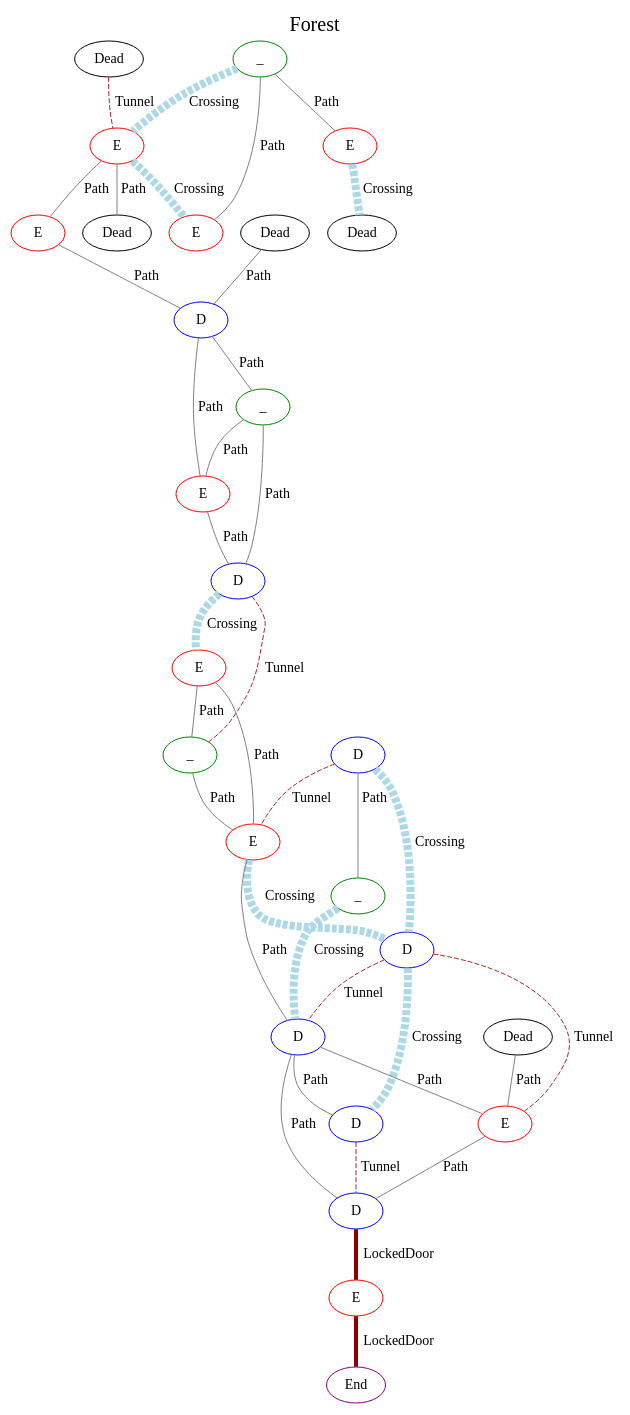
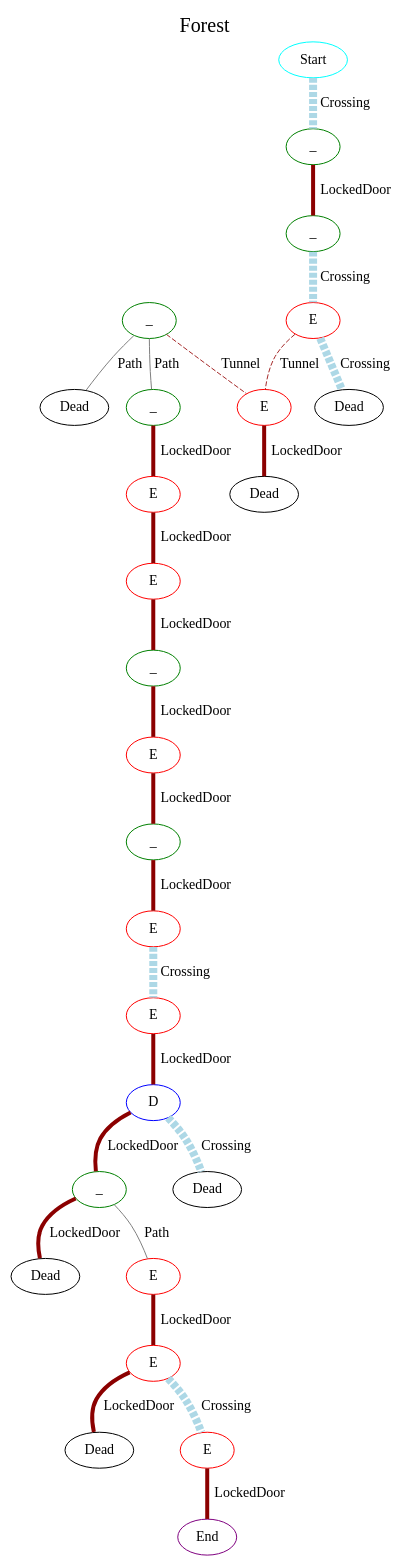
The diagram in graph.dot (kelceydamage/go-rogue), drawn with Graphviz before and after one commit. The commit also changed 15 other files, not shown here.

```diff
--- a/graph.dot
+++ b/graph.dot
@@ -1,68 +1,56 @@
 graph G {
   label="Forest";
   labelloc="t";
   fontsize="20";
+  3 [label="E", color="red"];
+  4 [label="Dead", color="black"];
+  10 [label="E", color="red"];
+  11 [label="_", color="green"];
+  15 [label="E", color="red"];
+  18 [label="_", color="green"];
+  0 [label="Start", color="cyan"];
+  5 [label="_", color="green"];
+  6 [label="E", color="red"];
+  8 [label="_", color="green"];
+  9 [label="E", color="red"];
+  14 [label="Dead", color="black"];
+  20 [label="Dead", color="black"];
+  21 [label="E", color="red"];
+  7 [label="Dead", color="black"];
+  13 [label="_", color="green"];
+  17 [label="D", color="blue"];
+  19 [label="Dead", color="black"];
+  22 [label="E", color="red"];
+  23 [label="Dead", color="black"];
+  25 [label="End", color="purple"];
   1 [label="_", color="green"];
-  2 [label="E", color="red"];
-  12 [label="D", color="blue"];
-  14 [label="E", color="red"];
-  19 [label="D", color="blue"];
-  22 [label="E", color="red"];
-  10 [label="E", color="red"];
-  0 [label="Dead", color="black"];
-  3 [label="E", color="red"];
-  4 [label="E", color="red"];
-  5 [label="Dead", color="black"];
-  6 [label="E", color="red"];
-  7 [label="Dead", color="black"];
-  8 [label="D", color="blue"];
-  9 [label="_", color="green"];
-  16 [label="D", color="blue"];
-  17 [label="E", color="red"];
-  20 [label="D", color="blue"];
-  21 [label="D", color="blue"];
-  23 [label="D", color="blue"];
+  2 [label="_", color="green"];
+  12 [label="E", color="red"];
+  16 [label="E", color="red"];
   24 [label="E", color="red"];
-  25 [label="End", color="purple"];
-  11 [label="Dead", color="black"];
-  13 [label="Dead", color="black"];
-  15 [label="_", color="green"];
-  18 [label="_", color="green"];
-  21 -- 23 [label="Tunnel", color="brown", style="dashed", penwidth="1"];
-  23 -- 24 [label="LockedDoor", color="darkred", style="bold", penwidth="4"];
+  2 -- 3 [label="Crossing", color="lightblue", style="dashed", penwidth="8"];
+  12 -- 13 [label="LockedDoor", color="darkred", style="bold", penwidth="4"];
+  16 -- 17 [label="LockedDoor", color="darkred", style="bold", penwidth="4"];
   24 -- 25 [label="LockedDoor", color="darkred", style="bold", penwidth="4"];
-  13 -- 22 [label="Path", color="gray", style="solid", penwidth="1"];
-  15 -- 17 [label="Path", color="gray", style="solid", penwidth="1"];
-  18 -- 20 [label="Crossing", color="lightblue", style="dashed", penwidth="8"];
-  1 -- 4 [label="Path", color="gray", style="solid", penwidth="1"];
-  1 -- 2 [label="Path", color="gray", style="solid", penwidth="1"];
-  1 -- 3 [label="Crossing", color="lightblue", style="dashed", penwidth="8"];
-  2 -- 5 [label="Crossing", color="lightblue", style="dashed", penwidth="8"];
-  12 -- 14 [label="Crossing", color="lightblue", style="dashed", penwidth="8"];
-  12 -- 15 [label="Tunnel", color="brown", style="dashed", penwidth="1"];
-  14 -- 15 [label="Path", color="gray", style="solid", penwidth="1"];
-  14 -- 17 [label="Path", color="gray", style="solid", penwidth="1"];
-  19 -- 22 [label="Tunnel", color="brown", style="dashed", penwidth="1"];
-  19 -- 21 [label="Crossing", color="lightblue", style="dashed", penwidth="8"];
-  19 -- 20 [label="Tunnel", color="brown", style="dashed", penwidth="1"];
-  22 -- 23 [label="Path", color="gray", style="solid", penwidth="1"];
-  10 -- 12 [label="Path", color="gray", style="solid", penwidth="1"];
-  0 -- 3 [label="Tunnel", color="brown", style="dashed", penwidth="1"];
   3 -- 4 [label="Crossing", color="lightblue", style="dashed", penwidth="8"];
-  3 -- 6 [label="Path", color="gray", style="solid", penwidth="1"];
-  3 -- 11 [label="Path", color="gray", style="solid", penwidth="1"];
-  6 -- 8 [label="Path", color="gray", style="solid", penwidth="1"];
-  7 -- 8 [label="Path", color="gray", style="solid", penwidth="1"];
-  8 -- 9 [label="Path", color="gray", style="solid", penwidth="1"];
-  8 -- 10 [label="Path", color="gray", style="solid", penwidth="1"];
-  9 -- 12 [label="Path", color="gray", style="solid", penwidth="1"];
-  9 -- 10 [label="Path", color="gray", style="solid", penwidth="1"];
-  16 -- 18 [label="Path", color="gray", style="solid", penwidth="1"];
-  16 -- 19 [label="Crossing", color="lightblue", style="dashed", penwidth="8"];
-  16 -- 17 [label="Tunnel", color="brown", style="dashed", penwidth="1"];
-  17 -- 20 [label="Path", color="gray", style="solid", penwidth="1"];
+  3 -- 6 [label="Tunnel", color="brown", style="dashed", penwidth="1"];
+  10 -- 11 [label="LockedDoor", color="darkred", style="bold", penwidth="4"];
+  11 -- 12 [label="LockedDoor", color="darkred", style="bold", penwidth="4"];
+  15 -- 16 [label="Crossing", color="lightblue", style="dashed", penwidth="8"];
+  18 -- 21 [label="Path", color="gray", style="solid", penwidth="1"];
+  18 -- 20 [label="LockedDoor", color="darkred", style="bold", penwidth="4"];
+  0 -- 1 [label="Crossing", color="lightblue", style="dashed", penwidth="8"];
+  5 -- 6 [label="Tunnel", color="brown", style="dashed", penwidth="1"];
+  5 -- 14 [label="Path", color="gray", style="solid", penwidth="1"];
+  5 -- 8 [label="Path", color="gray", style="solid", penwidth="1"];
+  6 -- 7 [label="LockedDoor", color="darkred", style="bold", penwidth="4"];
+  8 -- 9 [label="LockedDoor", color="darkred", style="bold", penwidth="4"];
+  9 -- 10 [label="LockedDoor", color="darkred", style="bold", penwidth="4"];
+  21 -- 22 [label="LockedDoor", color="darkred", style="bold", penwidth="4"];
+  13 -- 15 [label="LockedDoor", color="darkred", style="bold", penwidth="4"];
+  17 -- 18 [label="LockedDoor", color="darkred", style="bold", penwidth="4"];
   17 -- 19 [label="Crossing", color="lightblue", style="dashed", penwidth="8"];
-  20 -- 21 [label="Path", color="gray", style="solid", penwidth="1"];
-  20 -- 23 [label="Path", color="gray", style="solid", penwidth="1"];
-  20 -- 22 [label="Path", color="gray", style="solid", penwidth="1"];
+  22 -- 24 [label="Crossing", color="lightblue", style="dashed", penwidth="8"];
+  22 -- 23 [label="LockedDoor", color="darkred", style="bold", penwidth="4"];
+  1 -- 2 [label="LockedDoor", color="darkred", style="bold", penwidth="4"];
 }
```
